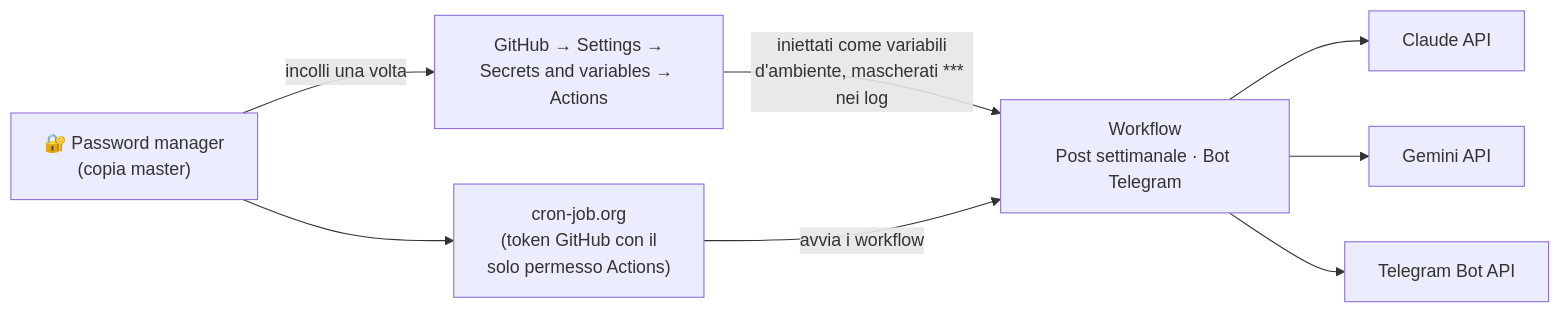
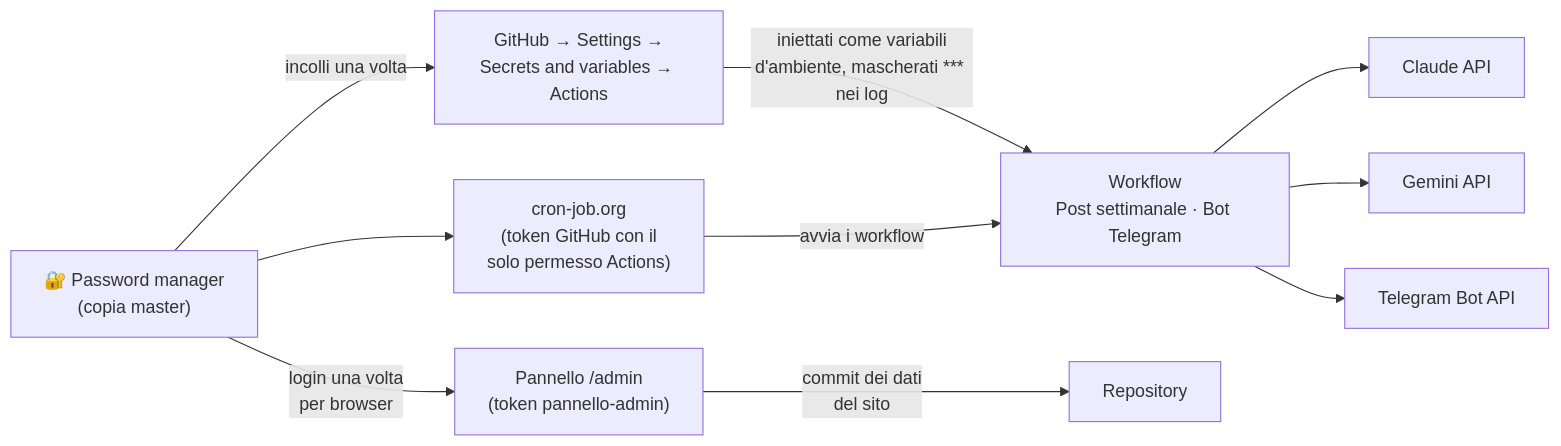
The first of 2 diagrams in docs/05-sicurezza.md (mistraliagianluca/mistraliagianluca.github.io), drawn with Mermaid before and after one commit. The commit also changed other lines of this file and 18 other files, not shown here.

Commit message:
Pannello /admin per i dati del sito

````diff
--- a/docs/05-sicurezza.md
+++ b/docs/05-sicurezza.md
@@ -17,10 +17,12 @@
 ```mermaid
 flowchart LR
     PM["🔐 Password manager<br>(copia master)"] -->|"incolli una volta"| GS["GitHub → Settings →<br>Secrets and variables → Actions"]
     GS -->|"iniettati come variabili<br>d'ambiente, mascherati *** nei log"| WF["Workflow<br>Post settimanale · Bot Telegram"]
     WF --> API1["Claude API"]
     WF --> API2["Gemini API"]
     WF --> API3["Telegram Bot API"]
     PM --> CJ["cron-job.org<br>(token GitHub con il<br>solo permesso Actions)"]
     CJ -->|"avvia i workflow"| WF
+    PM -->|"login una volta<br>per browser"| ADM["Pannello /admin<br>(token pannello-admin)"]
+    ADM -->|"commit dei dati<br>del sito"| REPO["Repository"]
 ```
````
